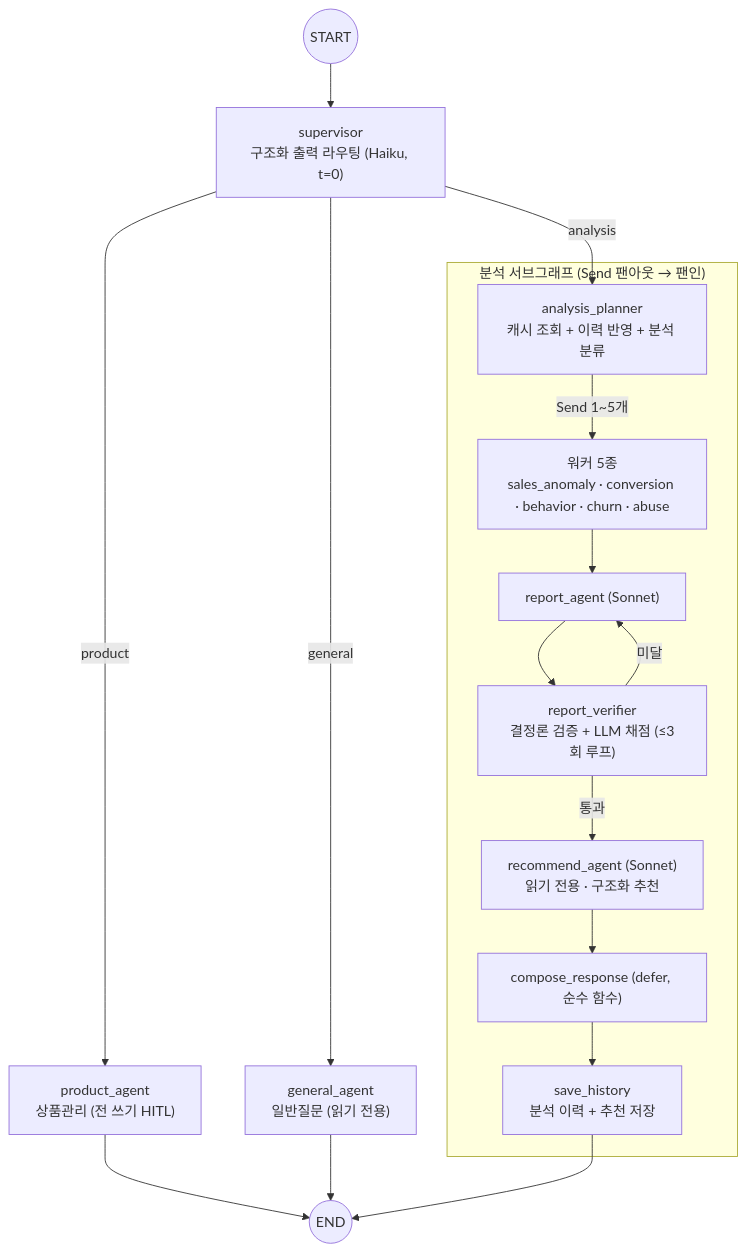
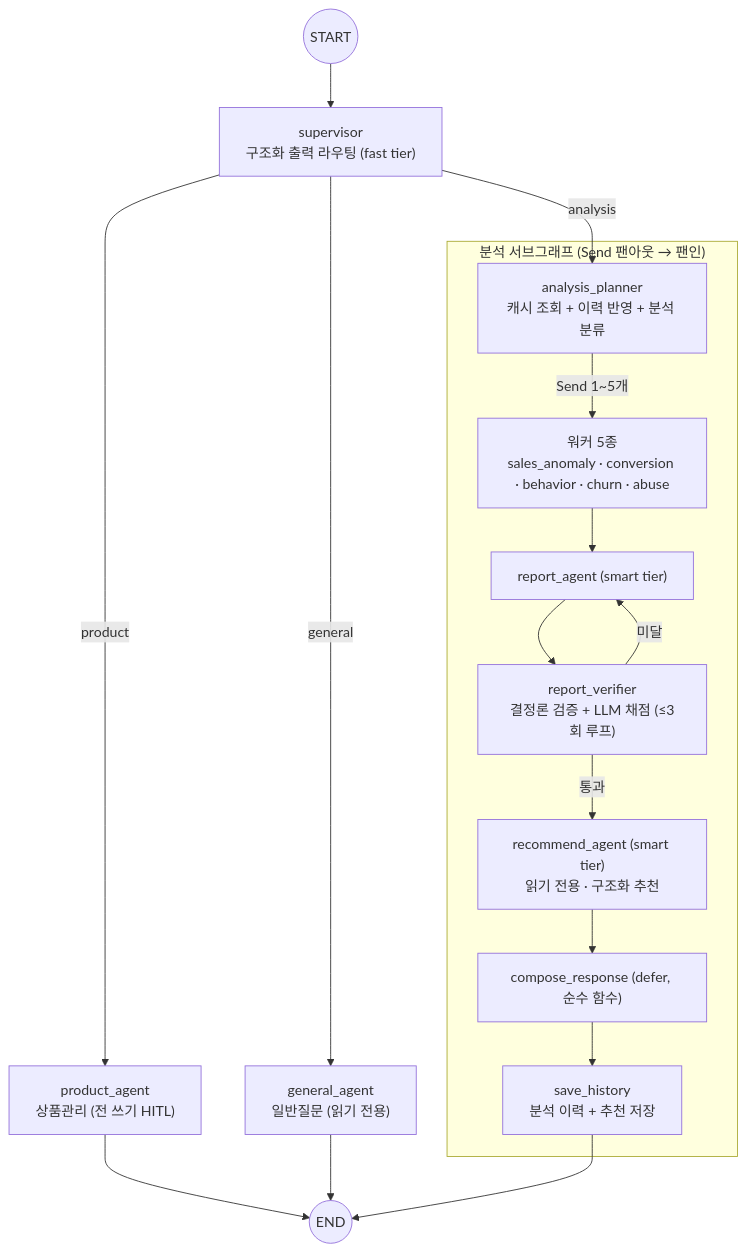
One commit to toss-delta-final/jarvis-ai changed the diagram in docs/specs/SPEC-SELLER-001.md. Above: the diagram before and after it, drawn with Mermaid. The commit also changed other lines of this file and 5 other files, not shown here.

````diff
--- a/docs/specs/SPEC-SELLER-001.md
+++ b/docs/specs/SPEC-SELLER-001.md
@@ -40,21 +40,21 @@
 ```mermaid
 flowchart TD
-    START((START)) --> SUP["supervisor<br/>구조화 출력 라우팅 (Haiku, t=0)"]
+    START((START)) --> SUP["supervisor<br/>구조화 출력 라우팅 (fast tier)"]
     SUP -->|analysis| PLN["analysis_planner<br/>캐시 조회 + 이력 반영 + 분석 분류"]
     SUP -->|product| PM["product_agent<br/>상품관리 (전 쓰기 HITL)"]
     SUP -->|general| GEN["general_agent<br/>일반질문 (읽기 전용)"]
 
     subgraph AnalysisTeam["분석 서브그래프 (Send 팬아웃 → 팬인)"]
         PLN -->|"Send 1~5개"| W["워커 5종<br/>sales_anomaly · conversion · behavior · churn · abuse"]
-        W --> RPT["report_agent (Sonnet)"]
+        W --> RPT["report_agent (smart tier)"]
         RPT --> VER["report_verifier<br/>결정론 검증 + LLM 채점 (≤3회 루프)"]
         VER -->|미달| RPT
-        VER -->|통과| REC["recommend_agent (Sonnet)<br/>읽기 전용 · 구조화 추천"]
+        VER -->|통과| REC["recommend_agent (smart tier)<br/>읽기 전용 · 구조화 추천"]
         REC --> COMP["compose_response (defer, 순수 함수)"]
         COMP --> SAVE["save_history<br/>분석 이력 + 추천 저장"]
     end
 
     PM --> END((END))
     GEN --> END
     SAVE --> END
 ```
````
